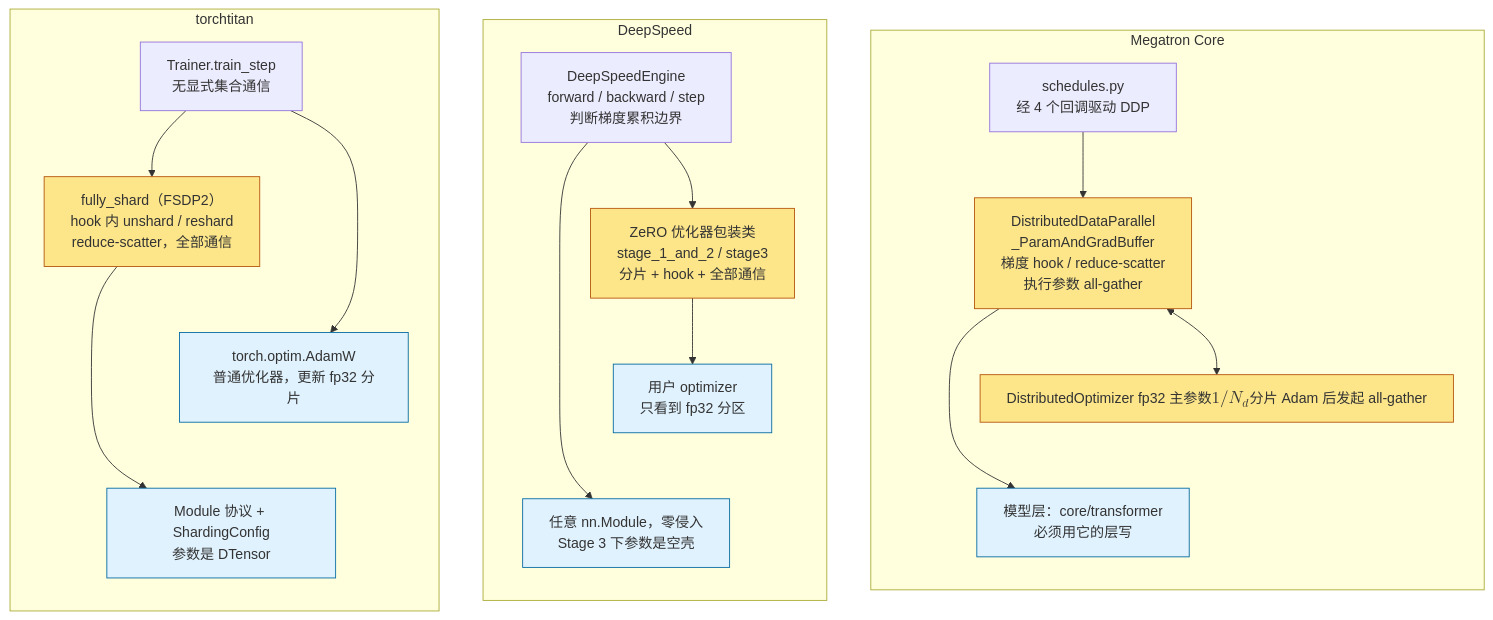
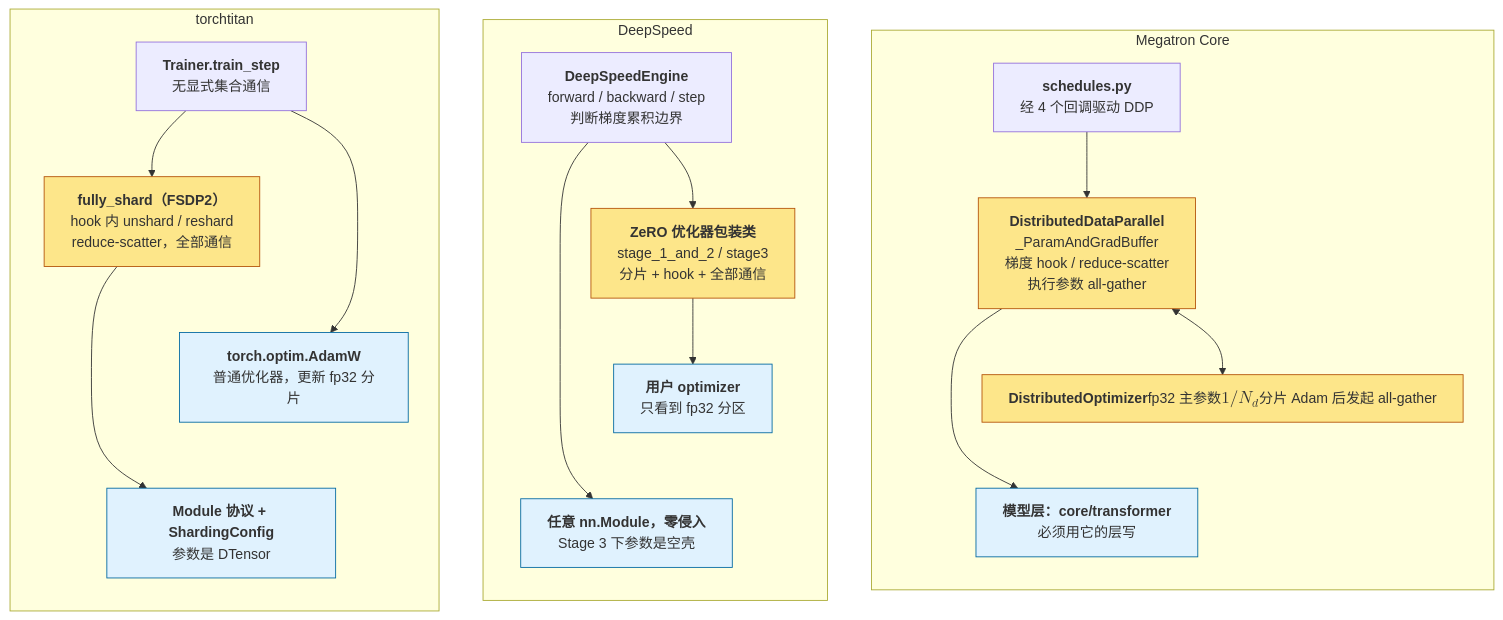
The first of 2 diagrams in _posts/2026-07-18-deepspeed-architecture-and-source-guide.md (arganzheng/arganzheng.github.com), drawn with Mermaid before and after one commit. The commit also changed 8 other files, not shown here.

First line of the commit message:
大规模训练工程：从并行策略到容错恢复：Mermaid 多行方框的首行标为标题（9 篇）

````diff
--- a/_posts/2026-07-18-deepspeed-architecture-and-source-guide.md
+++ b/_posts/2026-07-18-deepspeed-architecture-and-source-guide.md
@@ -217,42 +217,42 @@
 ```mermaid
 %% 图：三个框架的分工：Megatron 是 DDP + DistributedOptimizer 两个类，DeepSpeed 是 ZeRO 优化器包装类，torchtitan 是 FSDP 负责一切通信
 flowchart TB
     subgraph MG["Megatron Core"]
         direction TB
-        MG_S["schedules.py<br/>经 4 个回调驱动 DDP"]
-        MG_D["DistributedDataParallel<br/>_ParamAndGradBuffer<br/>梯度 hook / reduce-scatter<br/>执行参数 all-gather"]
-        MG_O["DistributedOptimizer<br/>fp32 主参数 $$1/N_d$$ 分片<br/>Adam 后发起 all-gather"]
-        MG_M["模型层：core/transformer<br/>必须用它的层写"]
+        MG_S["<b>schedules.py</b><br/>经 4 个回调驱动 DDP"]
+        MG_D["<b>DistributedDataParallel</b><br/>_ParamAndGradBuffer<br/>梯度 hook / reduce-scatter<br/>执行参数 all-gather"]
+        MG_O["<b>DistributedOptimizer</b><br/>fp32 主参数 $$1/N_d$$ 分片<br/>Adam 后发起 all-gather"]
+        MG_M["<b>模型层：core/transformer</b><br/>必须用它的层写"]
         MG_S --> MG_D
         MG_D <--> MG_O
         MG_D --> MG_M
         MG_O ~~~ MG_M
     end
     subgraph DS["DeepSpeed"]
         direction TB
-        DS_E["DeepSpeedEngine<br/>forward / backward / step<br/>判断梯度累积边界"]
-        DS_Z["ZeRO 优化器包装类<br/>stage_1_and_2 / stage3<br/>分片 + hook + 全部通信"]
-        DS_U["用户 optimizer<br/>只看到 fp32 分区"]
-        DS_M["任意 nn.Module，零侵入<br/>Stage 3 下参数是空壳"]
+        DS_E["<b>DeepSpeedEngine</b><br/>forward / backward / step<br/>判断梯度累积边界"]
+        DS_Z["<b>ZeRO 优化器包装类</b><br/>stage_1_and_2 / stage3<br/>分片 + hook + 全部通信"]
+        DS_U["<b>用户 optimizer</b><br/>只看到 fp32 分区"]
+        DS_M["<b>任意 nn.Module，零侵入</b><br/>Stage 3 下参数是空壳"]
         DS_E --> DS_Z
         DS_Z --> DS_U
         DS_E --> DS_M
         DS_U ~~~ DS_M
     end
     subgraph TT["torchtitan"]
         direction TB
-        TT_T["Trainer.train_step<br/>无显式集合通信"]
-        TT_F["fully_shard（FSDP2）<br/>hook 内 unshard / reshard<br/>reduce-scatter，全部通信"]
-        TT_O["torch.optim.AdamW<br/>普通优化器，更新 fp32 分片"]
-        TT_M["Module 协议 + ShardingConfig<br/>参数是 DTensor"]
+        TT_T["<b>Trainer.train_step</b><br/>无显式集合通信"]
+        TT_F["<b>fully_shard（FSDP2）</b><br/>hook 内 unshard / reshard<br/>reduce-scatter，全部通信"]
+        TT_O["<b>torch.optim.AdamW</b><br/>普通优化器，更新 fp32 分片"]
+        TT_M["<b>Module 协议 + ShardingConfig</b><br/>参数是 DTensor"]
         TT_T --> TT_F
         TT_T --> TT_O
         TT_F --> TT_M
         TT_F ~~~ TT_O
         TT_O ~~~ TT_M
     end
     classDef comm fill:#fde68a,stroke:#b45309;
     classDef plain fill:#e0f2fe,stroke:#0369a1;
     class MG_D,MG_O,DS_Z,TT_F comm;
     class MG_M,DS_M,DS_U,TT_M,TT_O plain;
 ```
````
